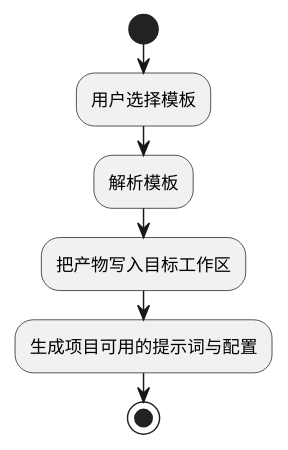
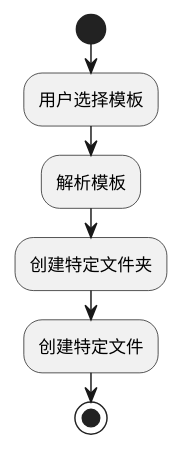
One commit to pisciculus0413/Pisces changed the eighth of 9 diagrams in docs/1 High-Level Design/1 High-Level Design.md. Above: the diagram before and after it, drawn with PlantUML. The commit also changed other lines of this file, not shown here.

````diff
--- a/docs/1 High-Level Design/1 High-Level Design.md
+++ b/docs/1 High-Level Design/1 High-Level Design.md
@@ -567,10 +569,10 @@
 ```plantuml
 @startuml
 start
 :用户选择模板;
 :解析模板;
-:把产物写入目标工作区;
-:生成项目可用的提示词与配置;
+:创建特定文件夹;
+:创建特定文件;
 stop
 @enduml
 ```
````
